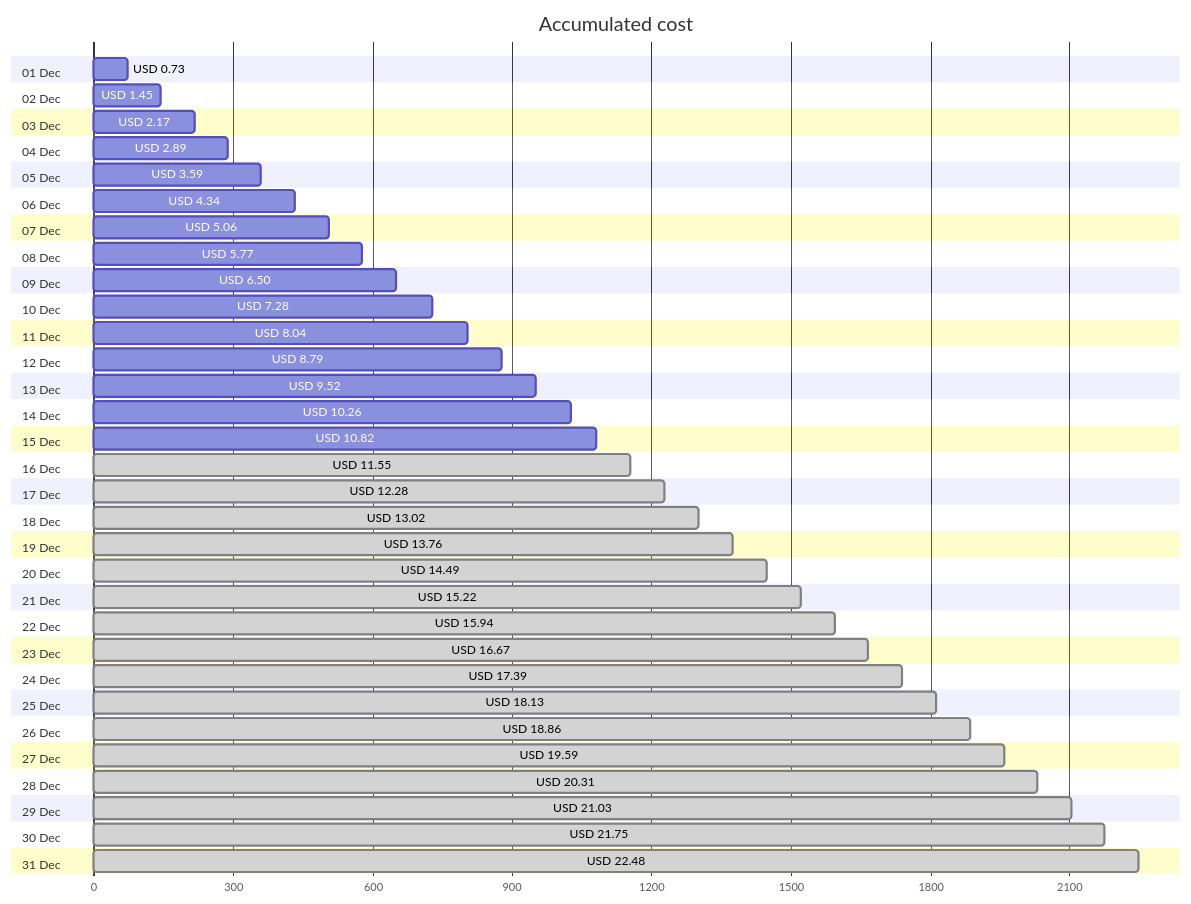
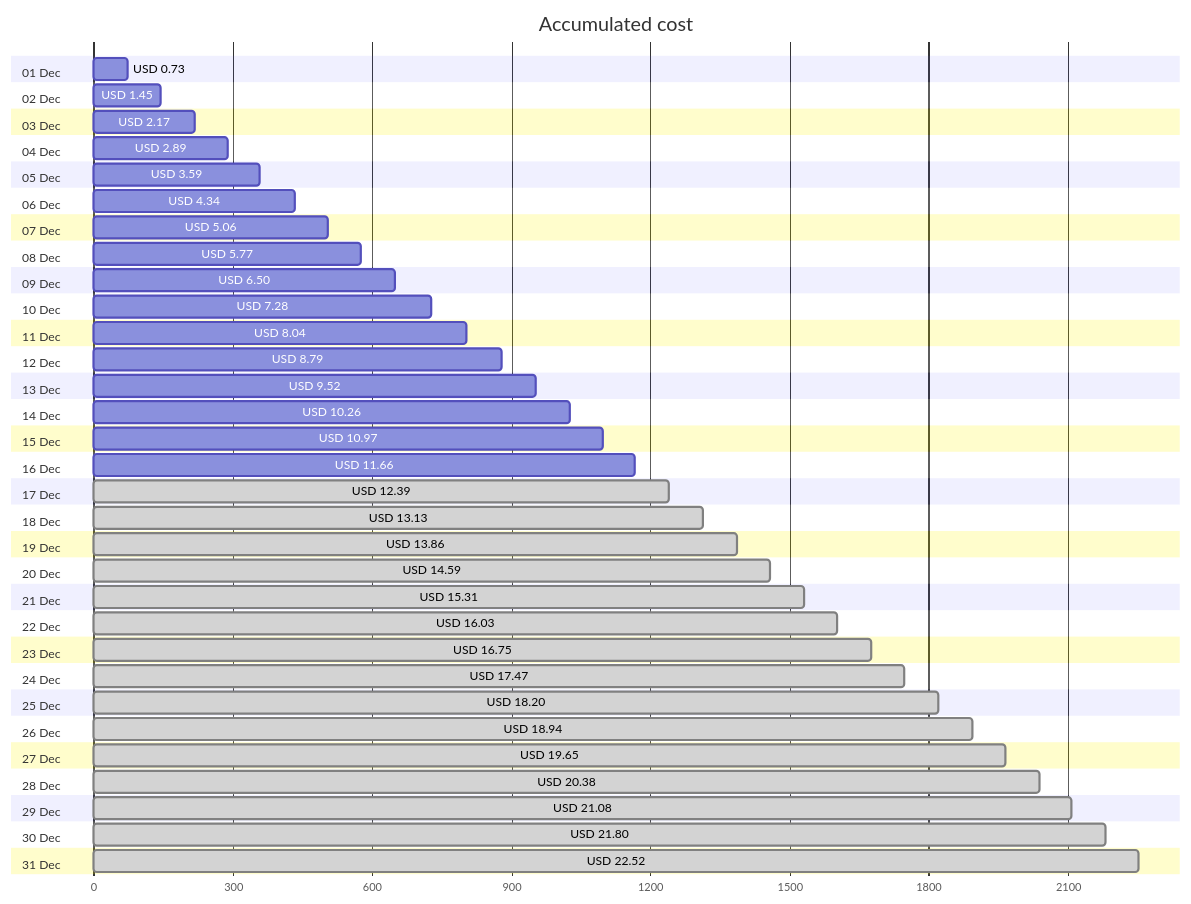
One commit to jpfulton/azure-personal-reports changed the first of 4 diagrams in cost-reports/personal-network/backup-server-data-disk.md. Above: the diagram before and after it, drawn with Mermaid. The commit also changed other lines of this file and 8 other files, not shown here.

````diff
--- a/cost-reports/personal-network/backup-server-data-disk.md
+++ b/cost-reports/personal-network/backup-server-data-disk.md
@@ -20,68 +20,68 @@
 ```mermaid
 gantt
    title Accumulated cost
    dateFormat  X
    axisFormat %s
    section 01 Dec
    USD 0.73 :0, 73
    section 02 Dec
    USD 1.45 :0, 145
    section 03 Dec
    USD 2.17 :0, 217
    section 04 Dec
    USD 2.89 :0, 289
    section 05 Dec
    USD 3.59 :0, 359
    section 06 Dec
    USD 4.34 :0, 434
    section 07 Dec
    USD 5.06 :0, 506
    section 08 Dec
    USD 5.77 :0, 577
    section 09 Dec
    USD 6.50 :0, 650
    section 10 Dec
    USD 7.28 :0, 728
    section 11 Dec
    USD 8.04 :0, 804
    section 12 Dec
    USD 8.79 :0, 879
    section 13 Dec
    USD 9.52 :0, 952
    section 14 Dec
    USD 10.26 :0, 1026
    section 15 Dec
-   USD 10.82 :0, 1082
+   USD 10.97 :0, 1097
    section 16 Dec
-   USD 11.55 : done, 0, 1155
+   USD 11.66 :0, 1166
    section 17 Dec
-   USD 12.28 : done, 0, 1228
+   USD 12.39 : done, 0, 1239
    section 18 Dec
-   USD 13.02 : done, 0, 1302
+   USD 13.13 : done, 0, 1313
    section 19 Dec
-   USD 13.76 : done, 0, 1376
+   USD 13.86 : done, 0, 1386
    section 20 Dec
-   USD 14.49 : done, 0, 1449
+   USD 14.59 : done, 0, 1459
    section 21 Dec
-   USD 15.22 : done, 0, 1522
+   USD 15.31 : done, 0, 1531
    section 22 Dec
-   USD 15.94 : done, 0, 1594
+   USD 16.03 : done, 0, 1603
    section 23 Dec
-   USD 16.67 : done, 0, 1667
+   USD 16.75 : done, 0, 1675
    section 24 Dec
-   USD 17.39 : done, 0, 1739
+   USD 17.47 : done, 0, 1747
    section 25 Dec
-   USD 18.13 : done, 0, 1813
+   USD 18.20 : done, 0, 1820
    section 26 Dec
-   USD 18.86 : done, 0, 1886
+   USD 18.94 : done, 0, 1894
    section 27 Dec
-   USD 19.59 : done, 0, 1959
+   USD 19.65 : done, 0, 1965
    section 28 Dec
-   USD 20.31 : done, 0, 2031
+   USD 20.38 : done, 0, 2038
    section 29 Dec
-   USD 21.03 : done, 0, 2103
+   USD 21.08 : done, 0, 2108
    section 30 Dec
-   USD 21.75 : done, 0, 2175
+   USD 21.80 : done, 0, 2180
    section 31 Dec
-   USD 22.48 : done, 0, 2248
+   USD 22.52 : done, 0, 2252
 ```
````
